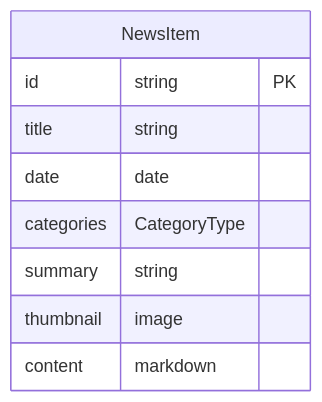
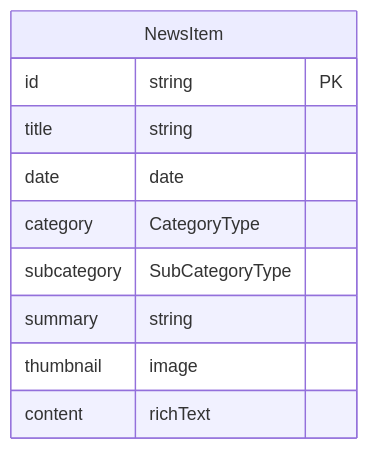
Before and after one commit to src-system/tdu-src-website: the fifth of 7 diagrams in docs/api/api.md, drawn with Mermaid. The commit also changed other lines of this file and 37 other files, not shown here.

````diff
--- a/docs/api/api.md
+++ b/docs/api/api.md
@@ -88,12 +145,13 @@
 ```mermaid
 erDiagram
     NewsItem {
         id string PK
         title string
         date date
-        categories CategoryType
+        category CategoryType
+        subcategory SubCategoryType
         summary string
         thumbnail image
-        content markdown
+        content richText
     }
 ```
````
